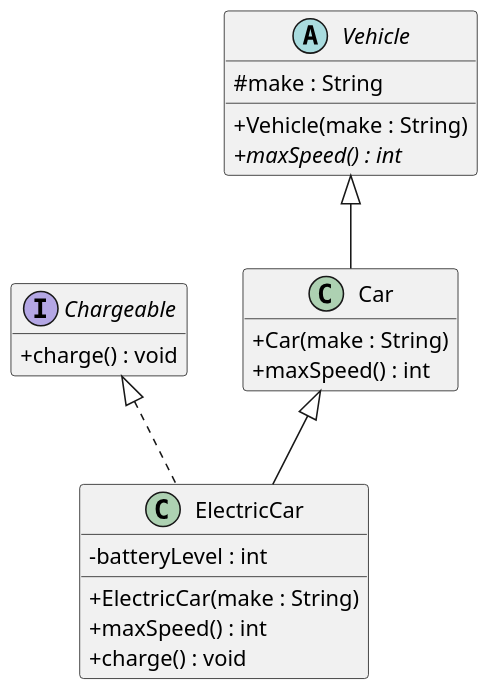
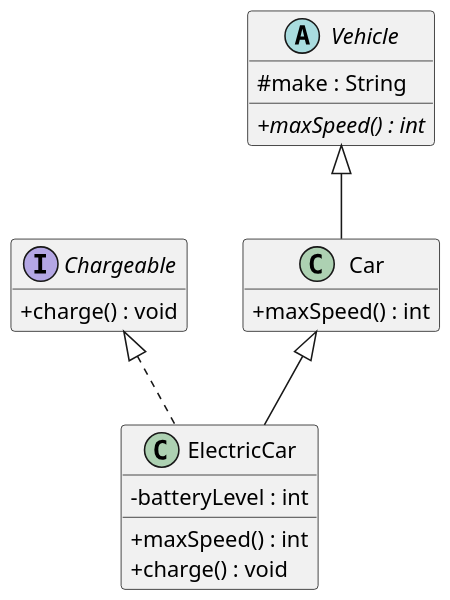
The diagram in plantuml/exercises/vehicles-uml-starter.puml (928478326/207-course-notes), drawn with PlantUML before and after one commit.

```diff
--- a/plantuml/exercises/vehicles-uml-starter.puml
+++ b/plantuml/exercises/vehicles-uml-starter.puml
@@ -1,50 +1,47 @@
 @startuml
 skinparam dpi 150
 skinparam classAttributeIconSize 0
 hide empty members
 
 ' Your task (Chapter 3, Question 2): draw the UML class diagram for the
 ' Vehicle / Car / ElectricCar / Chargeable code.
 '
 ' Define each type as a box, then connect them with the right arrows. One box
 ' (Chargeable) is filled in as an example — complete the other three and add the
 ' relationships.
 '
 ' PlantUML cheat-sheet:
 '   interface Name { + method() : Type }
 '   abstract class Name { # field : Type }
 '   class Name { - field : Type }
 '   Parent    <|-- Child    ' generalization: Child extends Parent
 '   Interface <|.. Class    ' realization:    Class implements Interface
 ' (Putting the parent/interface on the LEFT of the arrow keeps it on top.)
 
 interface Chargeable {
   + charge() : void
 }
 
 abstract class Vehicle {
   # make : String
-  + Vehicle(make : String)
   + {abstract} maxSpeed() : int
 }
 
 class Car {
-  + Car(make : String)
   + maxSpeed() : int
 }
 
 class ElectricCar {
   - batteryLevel : int
-  + ElectricCar(make : String)
   + maxSpeed() : int
   + charge() : void
 }
 
 Vehicle <|-- Car
 Car <|-- ElectricCar
 Chargeable <|.. ElectricCar
 ' TODO: add "abstract class Vehicle", "class Car", and "class ElectricCar"
 '       (with their fields and methods), then add the arrows between all four
 '       types.
 
 @enduml
```
